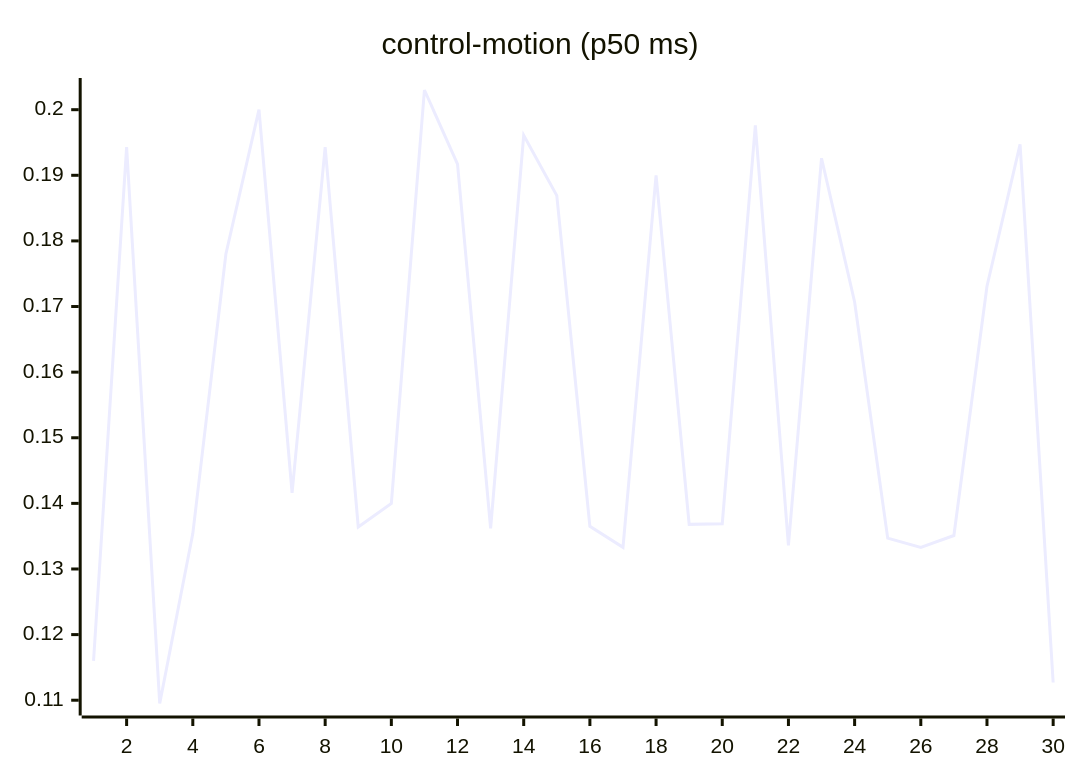
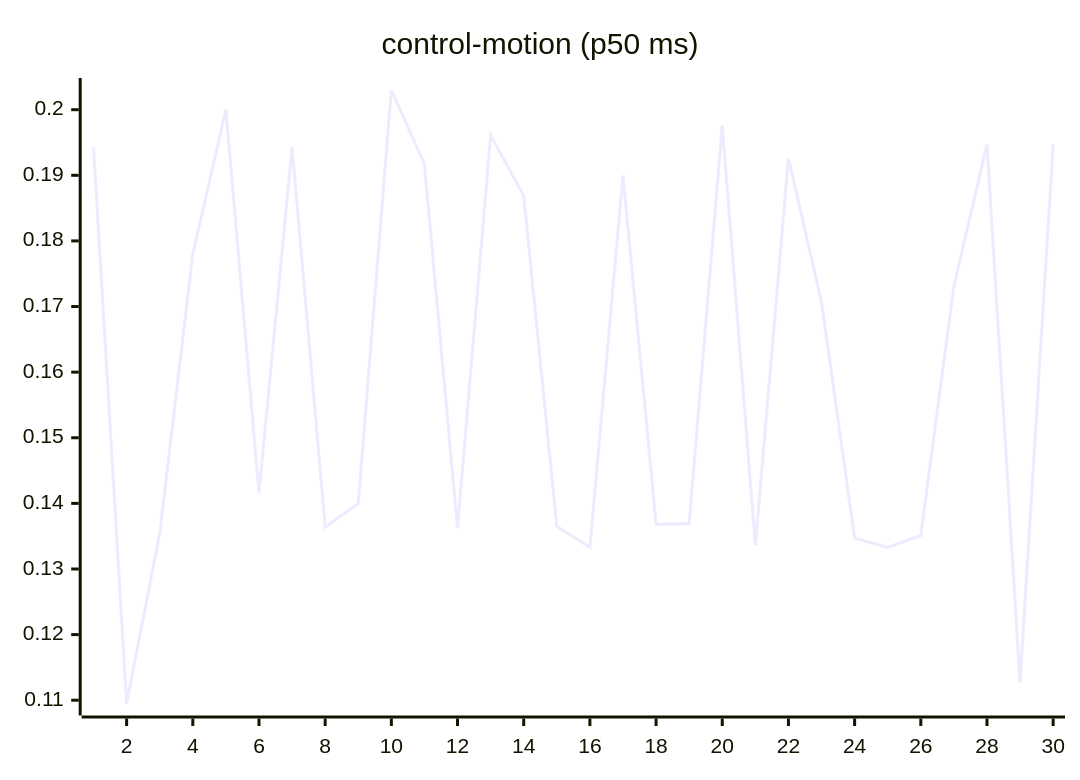
Before and after one commit to josha/Facet: the seventh of 27 diagrams in README.md, drawn with Mermaid. The commit also changed other lines of this file and 2 other files, not shown here.

````diff
--- a/README.md
+++ b/README.md
@@ -105,6 +105,6 @@
 ```mermaid
 xychart-beta
     title "control-motion (p50 ms)"
     x-axis 1 --> 30
-    line [0.1160, 0.1943, 0.1095, 0.1354, 0.1780, 0.2000, 0.1416, 0.1943, 0.1364, 0.1400, 0.2030, 0.1917, 0.1362, 0.1961, 0.1869, 0.1365, 0.1333, 0.1900, 0.1368, 0.1369, 0.1976, 0.1336, 0.1926, 0.1707, 0.1347, 0.1333, 0.1351, 0.1731, 0.1947, 0.1127]
+    line [0.1943, 0.1095, 0.1354, 0.1780, 0.2000, 0.1416, 0.1943, 0.1364, 0.1400, 0.2030, 0.1917, 0.1362, 0.1961, 0.1869, 0.1365, 0.1333, 0.1900, 0.1368, 0.1369, 0.1976, 0.1336, 0.1926, 0.1707, 0.1347, 0.1333, 0.1351, 0.1731, 0.1947, 0.1127, 0.1947]
 ```
````
